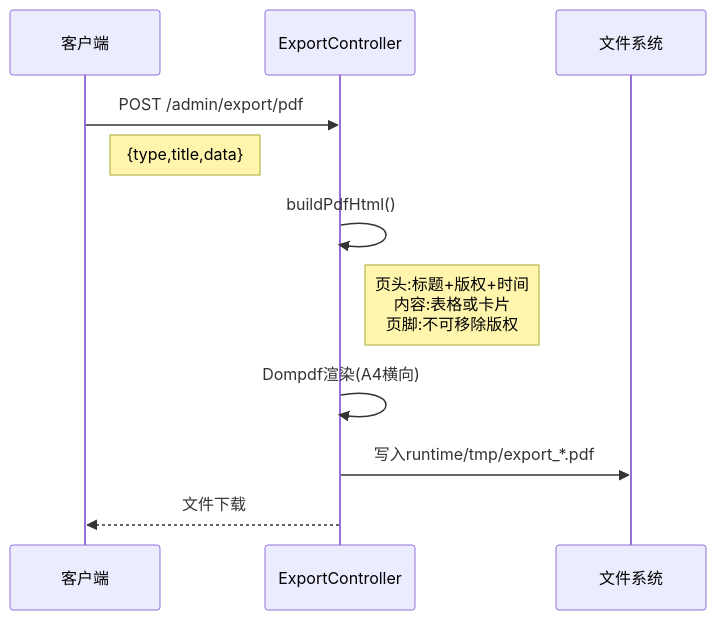
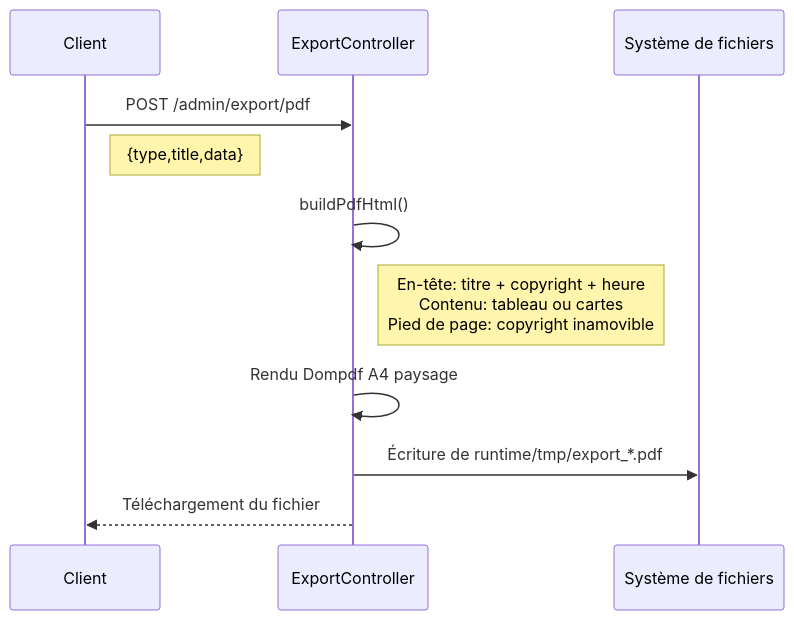
Before and after one commit to erikwang2013/game-platform-php: the second of 2 diagrams in admin/docs/diagrams/09-export-flow.fr.md, drawn with Mermaid. The commit also changed other lines of this file and 211 other files, not shown here.

First line of the commit message:
fix: 支付配置读回类型根治、提现事件对账巡检，12 语族 mermaid 与 API 标签本地化

````diff
--- a/admin/docs/diagrams/09-export-flow.fr.md
+++ b/admin/docs/diagrams/09-export-flow.fr.md
@@ -30,14 +30,14 @@
 ```mermaid
 sequenceDiagram
-    participant C as 客户端
+    participant C as Client
     participant CTL as ExportController
-    participant FS as 文件系统
+    participant FS as Système de fichiers
 
     C->>CTL: POST /admin/export/pdf
     Note right of C: {type,title,data}
     CTL->>CTL: buildPdfHtml()
-    Note right of CTL: 页头:标题+版权+时间<br/>内容:表格或卡片<br/>页脚:不可移除版权
-    CTL->>CTL: Dompdf渲染(A4横向)
-    CTL->>FS: 写入runtime/tmp/export_*.pdf
-    CTL-->>C: 文件下载
+    Note right of CTL: En-tête: titre + copyright + heure<br/>Contenu: tableau ou cartes<br/>Pied de page: copyright inamovible
+    CTL->>CTL: Rendu Dompdf A4 paysage
+    CTL->>FS: Écriture de runtime/tmp/export_*.pdf
+    CTL-->>C: Téléchargement du fichier
 ```
````
